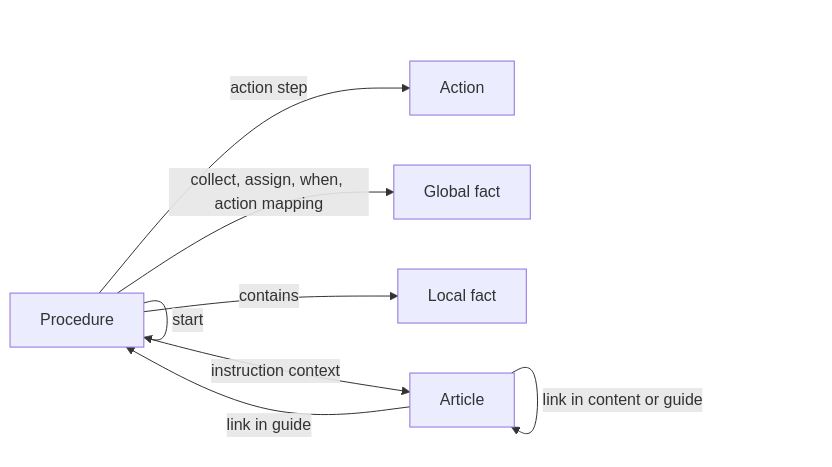
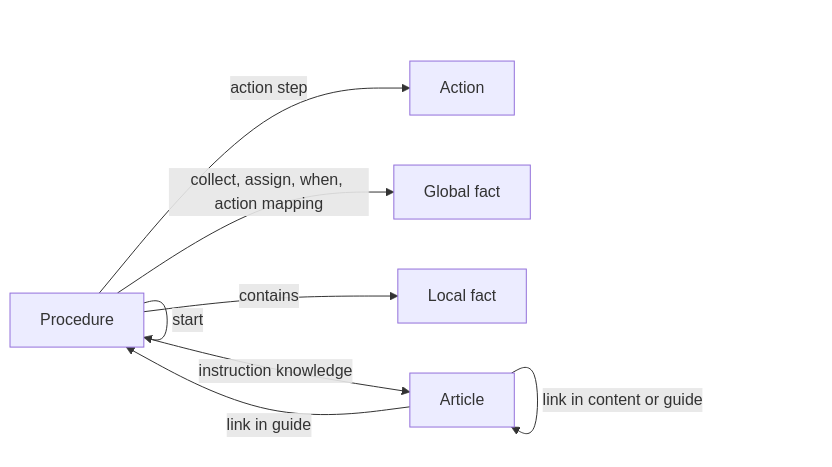
One commit to Manomenu/suwagcms changed the first of 4 diagrams in README.md. Above: the diagram before and after it, drawn with Mermaid. The commit also changed other lines of this file and 154 other files, not shown here.

````diff
--- a/README.md
+++ b/README.md
@@ -139,10 +139,10 @@
 ```mermaid
 flowchart LR
-  P[Procedure] -->|instruction context| A[Article]
+  P[Procedure] -->|instruction knowledge| A[Article]
   A -->|link in content or guide| A
   A -->|link in guide| P
   P -->|start| P
   P -->|action step| X[Action]
   P -->|collect, assign, when, action mapping| G[Global fact]
   P -->|contains| L[Local fact]
 ```
````
